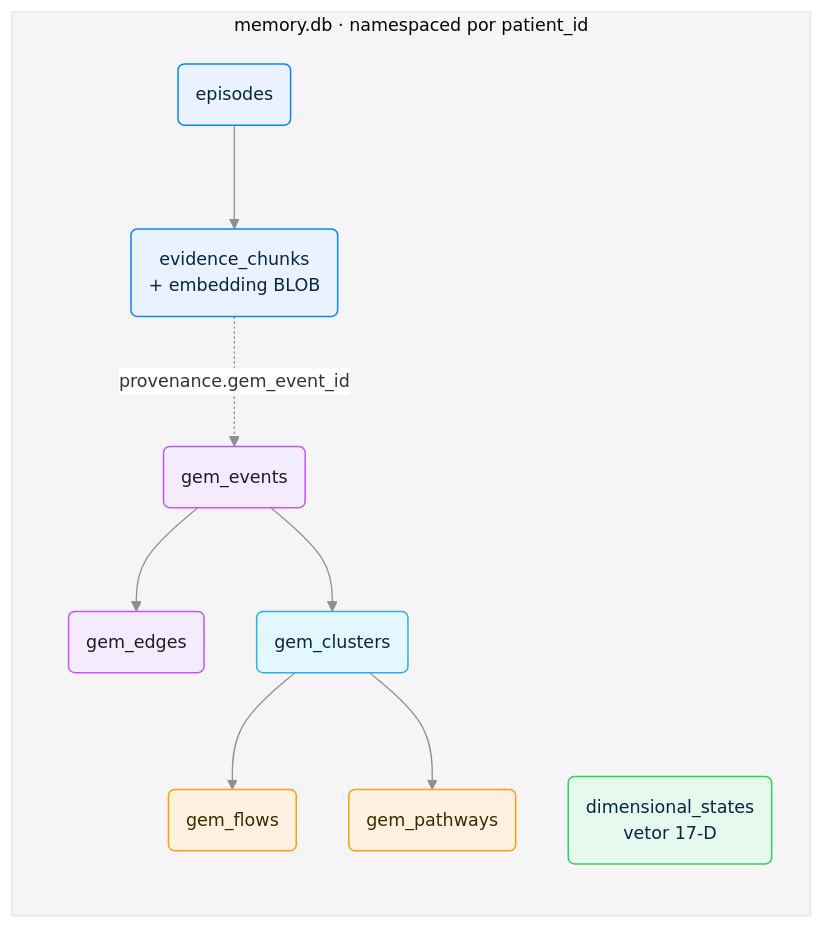
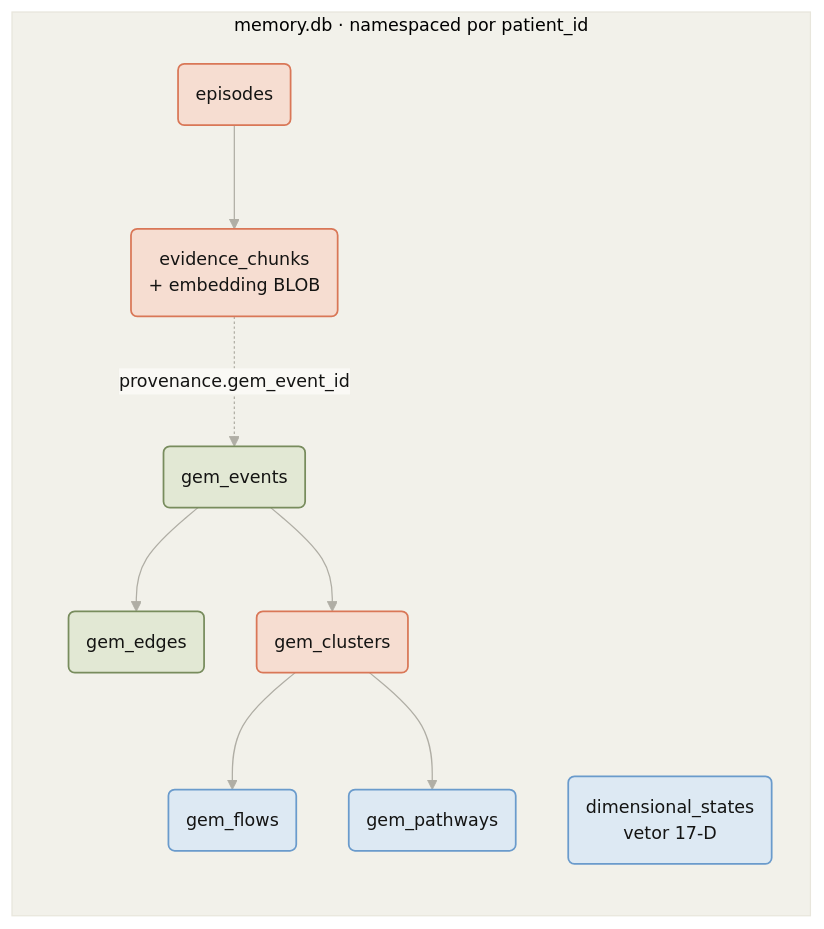
One commit to myselfgus/patient-memory changed the second of 8 diagrams in README.md. Above: the diagram before and after it, drawn with Mermaid. The commit also changed other lines of this file, not shown here.

Commit message:
style(readme): aplica identidade de marca Anthropic (Poppins + paleta areia/tinta + acentos orange/blue/green); remove mindmap do Espaco Mental

````diff
--- a/README.md
+++ b/README.md
@@ -83,33 +81,31 @@
 ```mermaid
-%%{init: {"theme":"base","themeVariables":{"fontFamily":"-apple-system, BlinkMacSystemFont, Segoe UI, Helvetica, Arial, sans-serif","fontSize":"14px","lineColor":"#8E8E93","clusterBkg":"#F5F5F7","clusterBorder":"#E5E5EA","edgeLabelBackground":"#FFFFFF"},"flowchart":{"curve":"basis","htmlLabels":true,"padding":14,"nodeSpacing":42,"rankSpacing":58}}}%%
+%%{init: {"theme":"base","themeVariables":{"fontFamily":"Poppins, Arial, Helvetica, sans-serif","fontSize":"14px","primaryColor":"#faf9f5","primaryTextColor":"#141413","primaryBorderColor":"#b0aea5","lineColor":"#b0aea5","clusterBkg":"#f2f1ea","clusterBorder":"#e8e6dc","edgeLabelBackground":"#faf9f5"},"flowchart":{"curve":"basis","htmlLabels":true,"padding":14,"nodeSpacing":42,"rankSpacing":58}}}%%
 flowchart LR
     subgraph SQLite["memory.db · namespaced por patient_id"]
         direction TB
         E("episodes")
         EC("evidence_chunks<br/>+ embedding BLOB")
         DS("dimensional_states<br/>vetor 17-D")
         GE("gem_events")
         GED("gem_edges")
         GC("gem_clusters")
         GF("gem_flows")
         GP("gem_pathways")
     end
 
     E --> EC
     EC -.->|"provenance.gem_event_id"| GE
     GE --> GED
     GE --> GC
     GC --> GF
     GC --> GP
 
-    classDef blue fill:#EAF2FF,stroke:#0A84FF,stroke-width:1.2px,color:#0A2540
-    classDef green fill:#E6F9EE,stroke:#30D158,stroke-width:1.2px,color:#0A2540
-    classDef purple fill:#F4EBFF,stroke:#BF5AF2,stroke-width:1.2px,color:#1D1D1F
-    classDef teal fill:#E3F7FF,stroke:#32ADE6,stroke-width:1.2px,color:#0A2540
-    classDef orange fill:#FFF1E0,stroke:#FF9F0A,stroke-width:1.2px,color:#3D2A00
-    class E,EC blue
-    class DS green
-    class GE,GED purple
-    class GC teal
-    class GF,GP orange
+    classDef orange fill:#f6ddd1,stroke:#d97757,stroke-width:1.4px,color:#141413
+    classDef blue fill:#dde9f3,stroke:#6a9bcc,stroke-width:1.4px,color:#141413
+    classDef green fill:#e2e8d4,stroke:#788c5d,stroke-width:1.4px,color:#141413
+    class E,EC orange
+    class DS blue
+    class GE,GED green
+    class GC orange
+    class GF,GP blue
 ```
````
